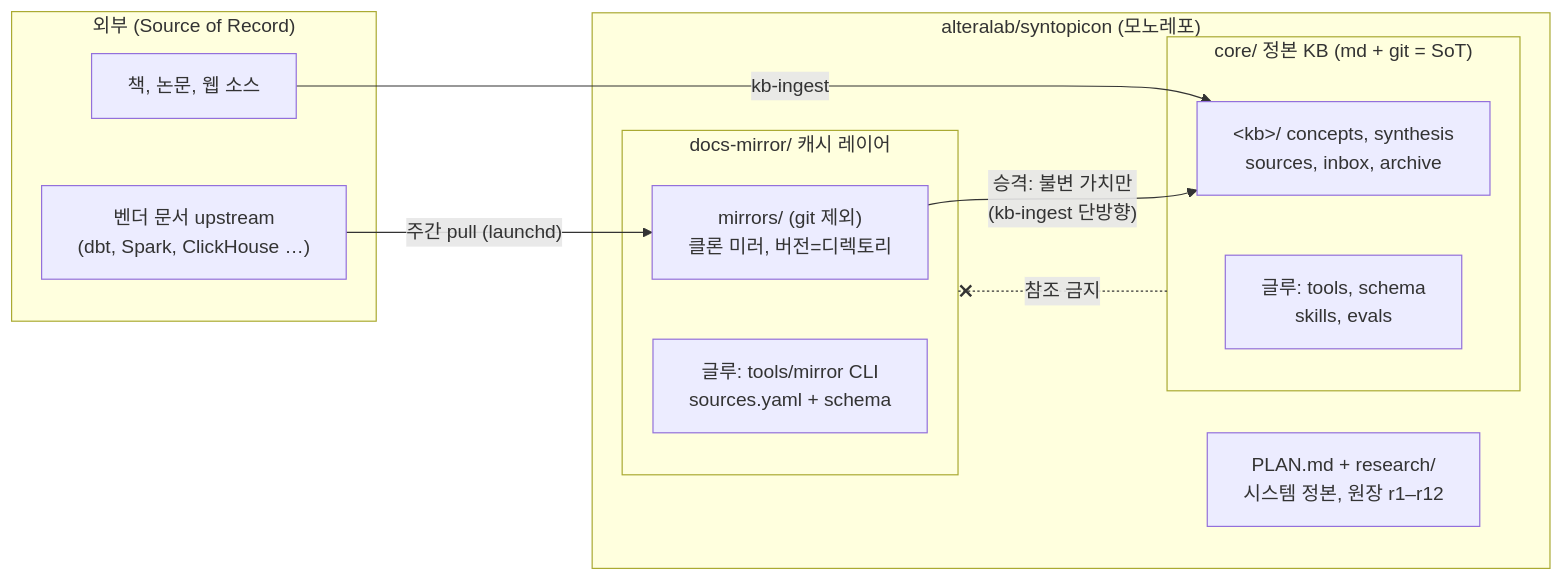
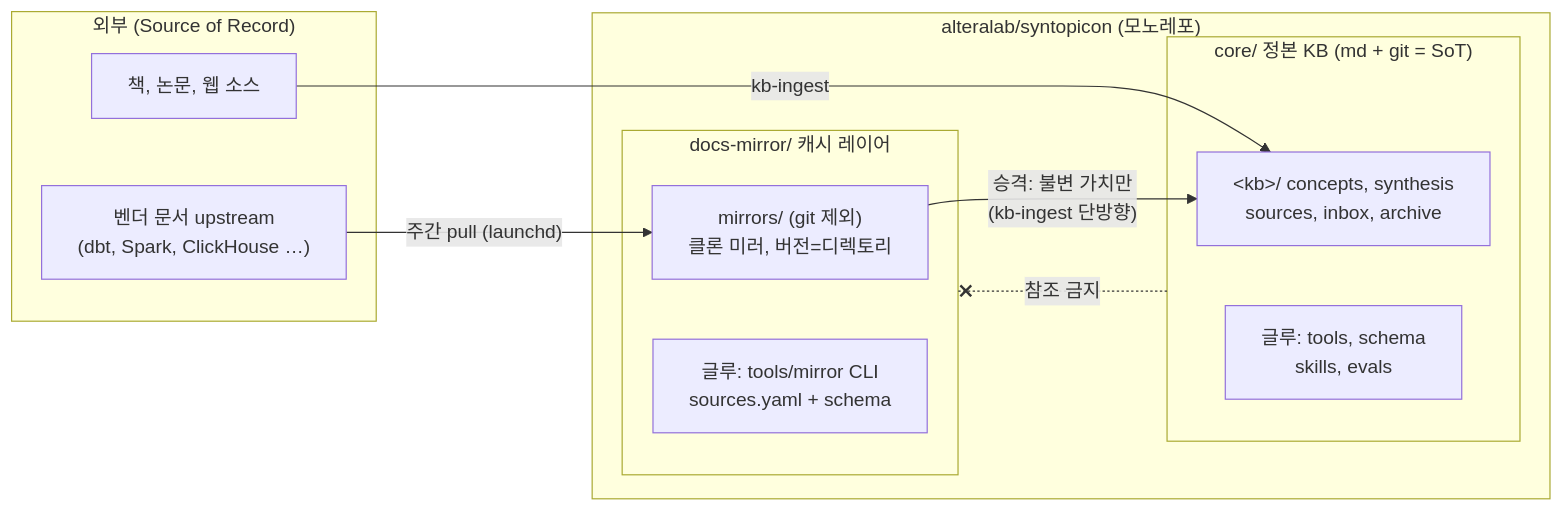
One commit to alteralab/syntopicon changed the first of 5 diagrams in README.md. Above: the diagram before and after it, drawn with Mermaid.

Commit message:
plan: 레이어 다이어그램에서 PLAN 노드 제거 — 두 레이어만 나란히
정본 문서의 존재는 서두 인용구가 이미 말한다. 그림은 데이터 흐름만.

````diff
--- a/README.md
+++ b/README.md
@@ -22,24 +22,23 @@
 ```mermaid
 flowchart LR
     subgraph EXT["외부 (Source of Record)"]
         UP["벤더 문서 upstream<br/>(dbt, Spark, ClickHouse …)"]
         SRC["책, 논문, 웹 소스"]
     end
 
     subgraph REPO["alteralab/syntopicon (모노레포)"]
         subgraph DM["docs-mirror/ 캐시 레이어"]
             MIR["mirrors/ (git 제외)<br/>클론 미러, 버전=디렉토리"]
             GLUE["글루: tools/mirror CLI<br/>sources.yaml + schema"]
         end
         subgraph CORE["core/ 정본 KB (md + git = SoT)"]
             IT["&lt;kb&gt;/ concepts, synthesis<br/>sources, inbox, archive"]
             CG["글루: tools, schema<br/>skills, evals"]
         end
-        PLAN["PLAN.md + research/<br/>시스템 정본, 원장 r1–r12"]
     end
 
     UP -- "주간 pull (launchd)" --> MIR
     SRC -- "kb-ingest" --> IT
     MIR -- "승격: 불변 가치만<br/>(kb-ingest 단방향)" --> IT
     CORE -. "참조 금지" .-x DM
 ```
````
